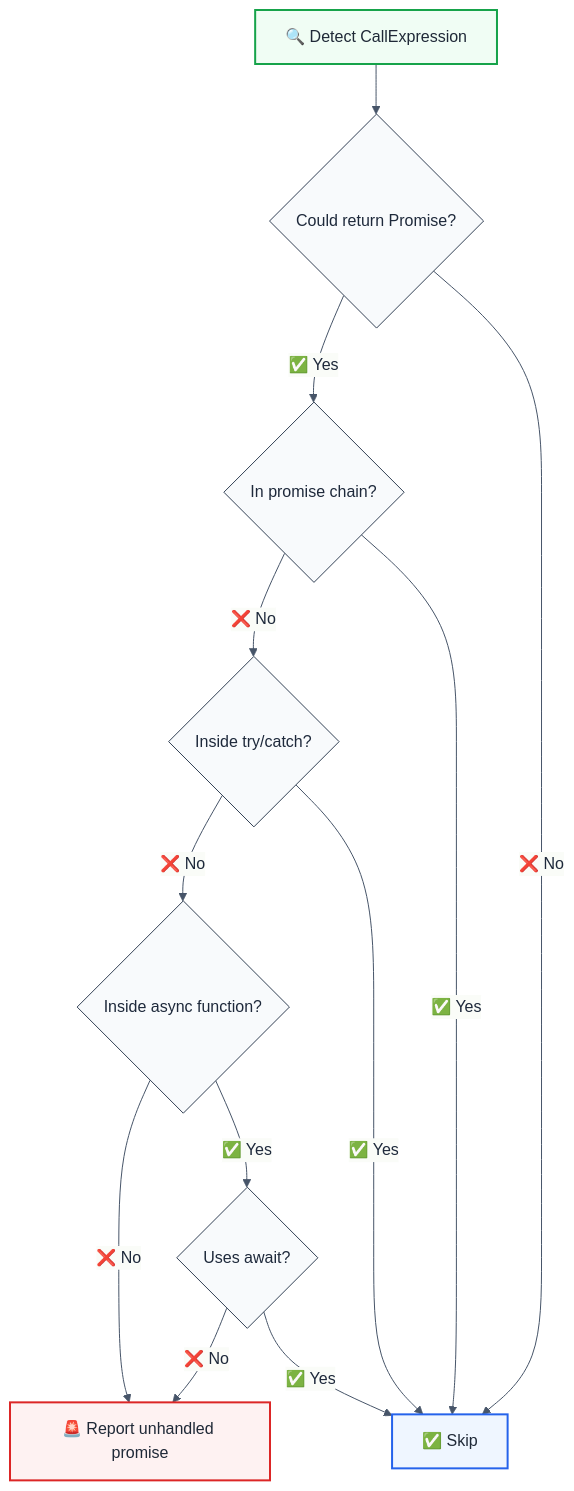
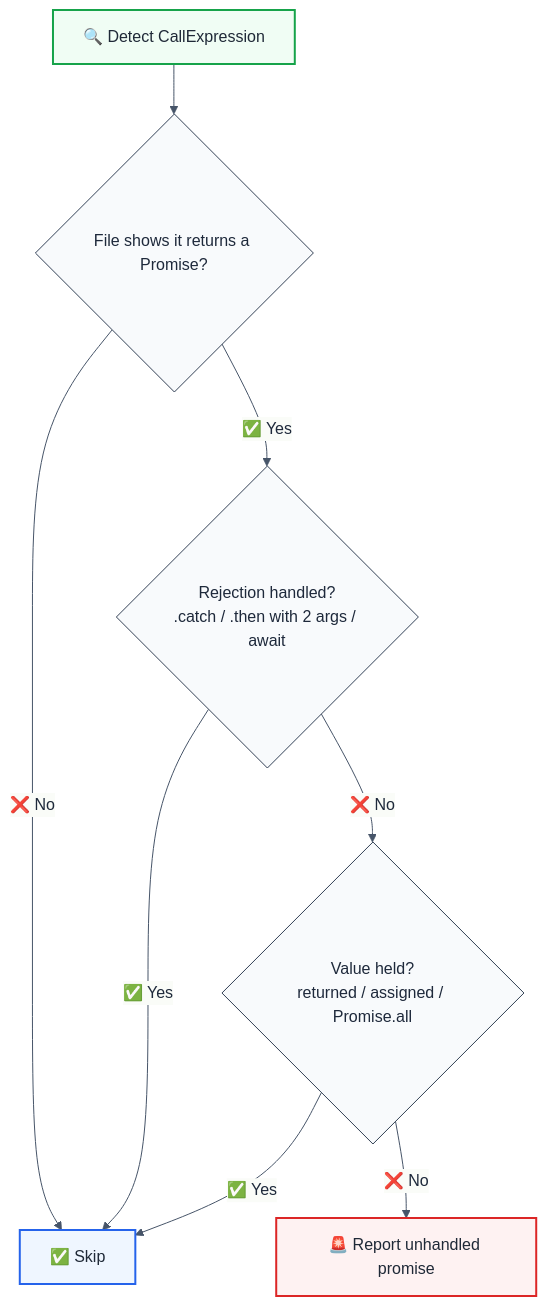
Before and after one commit to ofri-peretz/eslint: the diagram in packages/eslint-plugin-reliability/docs/rules/no-unhandled-promise.md, drawn with Mermaid. The commit also changed other lines of this file and 52 other files, not shown here.

````diff
--- a/packages/eslint-plugin-reliability/docs/rules/no-unhandled-promise.md
+++ b/packages/eslint-plugin-reliability/docs/rules/no-unhandled-promise.md
@@ -31,35 +31,31 @@
 ```mermaid
 %%{init: {
   'theme': 'base',
   'themeVariables': {
     'primaryColor': '#f8fafc',
     'primaryTextColor': '#1e293b',
     'primaryBorderColor': '#334155',
     'lineColor': '#475569',
     'c0': '#f8fafc',
     'c1': '#f1f5f9',
     'c2': '#e2e8f0',
     'c3': '#cbd5e1'
   }
 }}%%
 flowchart TD
-    A[🔍 Detect CallExpression] --> B{Could return Promise?}
-    B -->|✅ Yes| C{In promise chain?}
+    A[🔍 Detect CallExpression] --> B{File shows it returns a Promise?}
     B -->|❌ No| D[✅ Skip]
-    C -->|❌ No| E{Inside try/catch?}
+    B -->|✅ Yes| C{Rejection handled?<br/>.catch / .then with 2 args / await}
     C -->|✅ Yes| D
-    E -->|❌ No| F{Inside async function?}
+    C -->|❌ No| E{Value held?<br/>returned / assigned / Promise.all}
     E -->|✅ Yes| D
-    F -->|❌ No| G[🚨 Report unhandled promise]
-    F -->|✅ Yes| H{Uses await?}
-    H -->|❌ No| G
-    H -->|✅ Yes| D
+    E -->|❌ No| G[🚨 Report unhandled promise]
 
     classDef startNode fill:#f0fdf4,stroke:#16a34a,stroke-width:2px,color:#1f2937
     classDef errorNode fill:#fef2f2,stroke:#dc2626,stroke-width:2px,color:#1f2937
     classDef processNode fill:#eff6ff,stroke:#2563eb,stroke-width:2px,color:#1f2937
 
     class A startNode
     class G errorNode
     class D processNode
 ```
````
